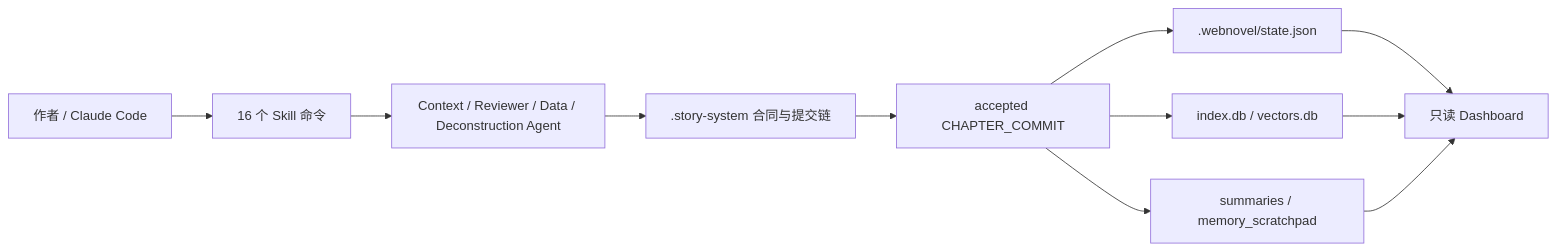
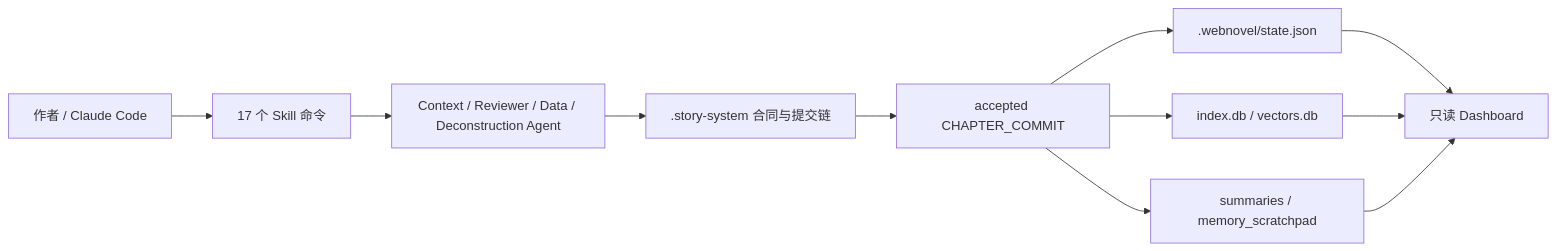
The diagram in README.md (bamboo-jzy/webnovel-writer), drawn with Mermaid before and after one commit. The commit also changed other lines of this file and 17 other files, not shown here.

````diff
--- a/README.md
+++ b/README.md
@@ -80,13 +81,13 @@
 ```mermaid
 flowchart LR
-    User[作者 / Claude Code] --> Skills[16 个 Skill 命令]
+    User[作者 / Claude Code] --> Skills[17 个 Skill 命令]
     Skills --> Agents[Context / Reviewer / Data / Deconstruction Agent]
     Agents --> Story[.story-system 合同与提交链]
     Story --> Commit[accepted CHAPTER_COMMIT]
     Commit --> State[.webnovel/state.json]
     Commit --> Index[index.db / vectors.db]
     Commit --> Summary[summaries / memory_scratchpad]
     State --> Dashboard[只读 Dashboard]
     Index --> Dashboard
     Summary --> Dashboard
 ```
````
